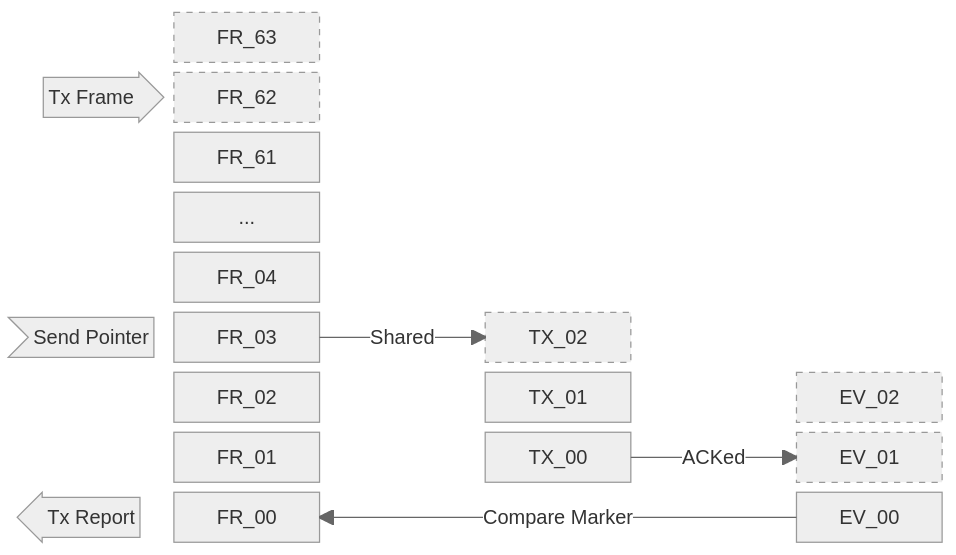
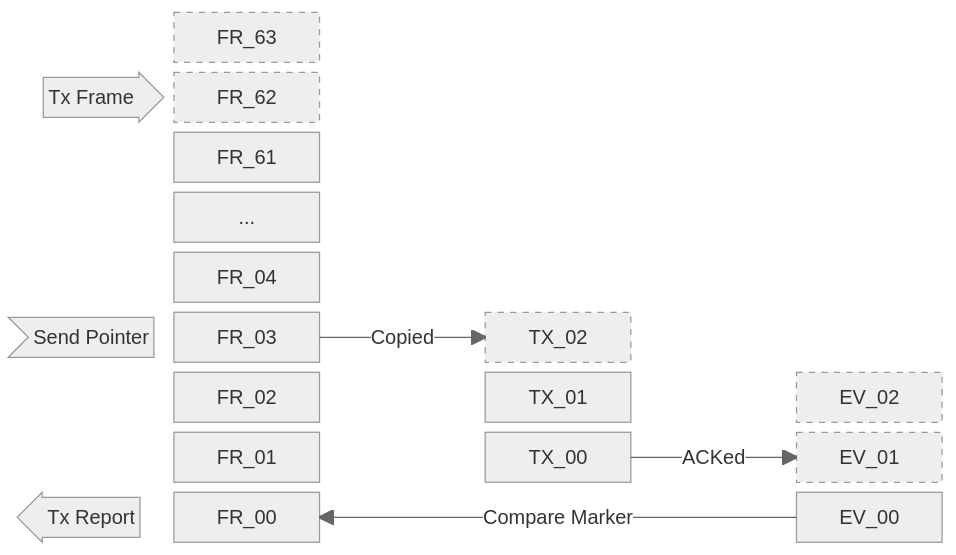
Before and after one commit to Nakakiyo092/usb2canfdv1: the fourth of 4 diagrams in doc/7.-Buffer-Strategy.md, drawn with Mermaid (neutral theme). The commit also changed other lines of this file, not shown here.

````diff
--- a/doc/7.-Buffer-Strategy.md
+++ b/doc/7.-Buffer-Strategy.md
@@ -34,24 +34,24 @@
 ```mermaid
 block
   columns 6
 
   space                              FR_63  space  space  space  space
   blockArrowId1<["Tx Frame"]>(right) FR_62  space  space  space  space
   space                              FR_61  space  space  space  space
   space                              ...    space  space  space  space
   space                              FR_04  space  space  space  space
   id5>"Send Pointer"]                FR_03  space  TX_02  space  space
   space                              FR_02  space  TX_01  space  EV_02
   space                              FR_01  space  TX_00  space  EV_01
   blockArrowId2<["Tx Report"]>(left) FR_00  space  space  space  EV_00
 
-  FR_03 -- "Shared" --> TX_02
+  FR_03 -- "Copied" --> TX_02
   TX_00 -- "ACKed" --> EV_01
   EV_00 -- "Compare Marker" --> FR_00
 
   style FR_63 stroke-dasharray: 5 5
   style FR_62 stroke-dasharray: 5 5
   style TX_02 stroke-dasharray: 5 5
   style EV_02 stroke-dasharray: 5 5
   style EV_01 stroke-dasharray: 5 5
 ```
````
